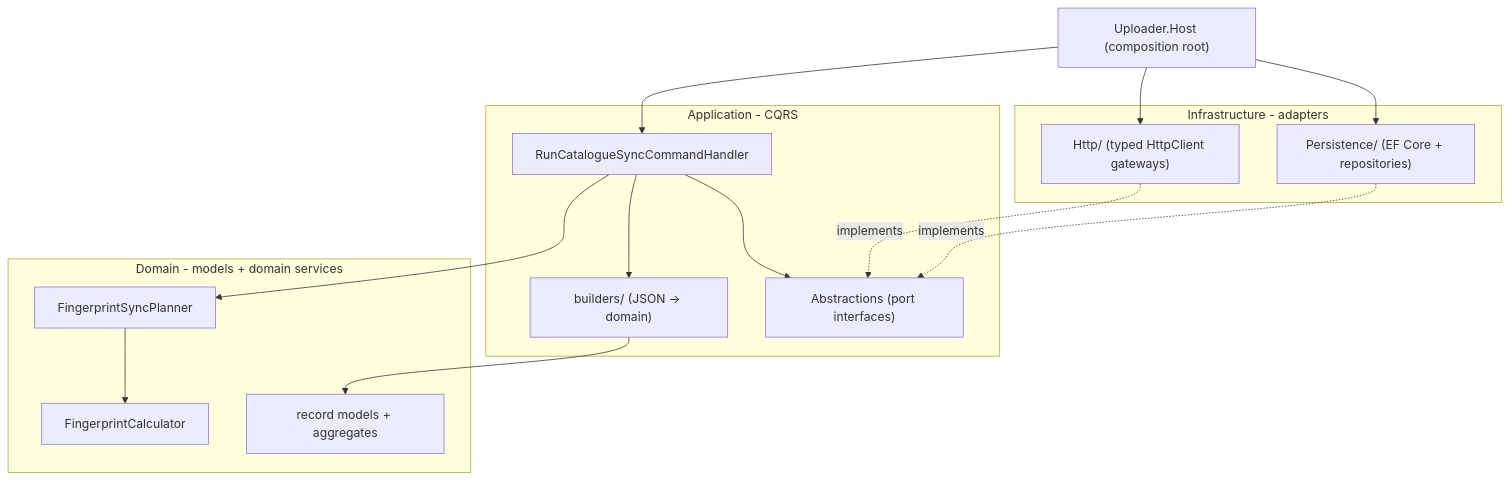
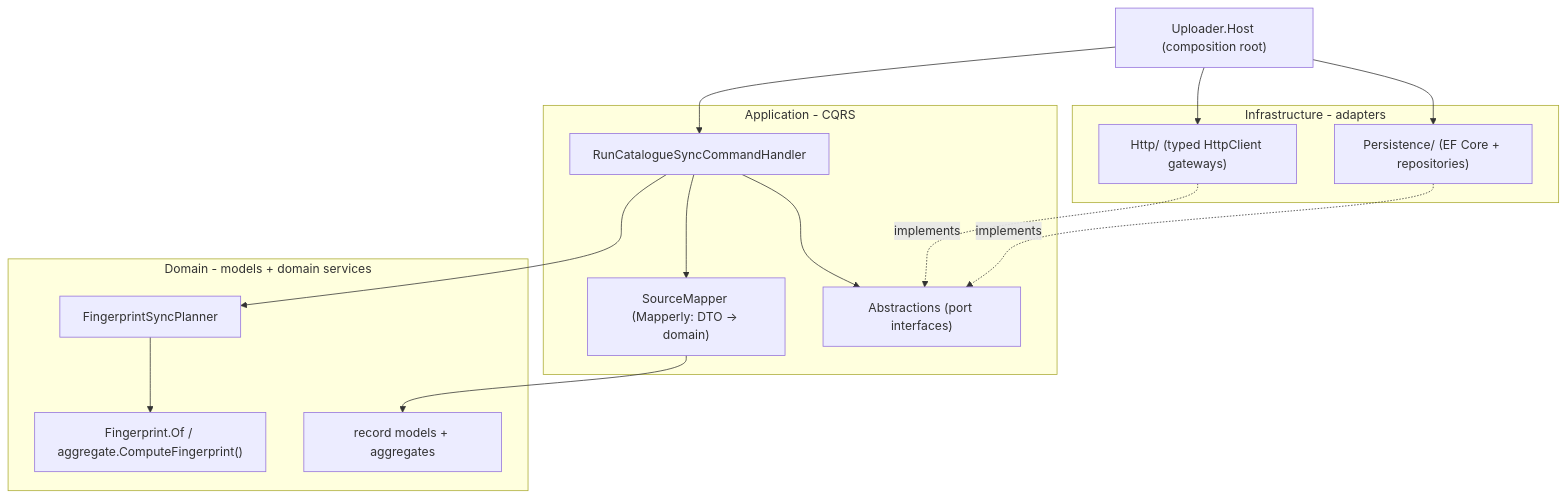
The second of 4 diagrams in ARCHITECTURE.md (BBMRI-cz/data-catalogue-upload), drawn with Mermaid before and after one commit. The commit also changed other lines of this file and 3 other files, not shown here.

````diff
--- a/ARCHITECTURE.md
+++ b/ARCHITECTURE.md
@@ -54,32 +54,32 @@
 ```mermaid
 flowchart TD
     Main["Uploader.Host (composition root)"]
 
     subgraph application [Application - CQRS]
         SyncService["RunCatalogueSyncCommandHandler"]
-        Builders["builders/ (JSON -> domain)"]
+        Mapper["SourceMapper (Mapperly: DTO -> domain)"]
         Ports["Abstractions (port interfaces)"]
     end
 
     subgraph domain [Domain - models + domain services]
         Models["record models + aggregates"]
         Planner["FingerprintSyncPlanner"]
-        Fingerprint["FingerprintCalculator"]
+        Fingerprint["Fingerprint.Of / aggregate.ComputeFingerprint()"]
     end
 
     subgraph infrastructure [Infrastructure - adapters]
         HttpClients["Http/ (typed HttpClient gateways)"]
         Db["Persistence/ (EF Core + repositories)"]
     end
 
     Main --> SyncService
     Main --> HttpClients
     Main --> Db
     SyncService --> Planner
-    SyncService --> Builders
+    SyncService --> Mapper
     SyncService --> Ports
-    Builders --> Models
+    Mapper --> Models
     Planner --> Fingerprint
     HttpClients -.implements.-> Ports
     Db -.implements.-> Ports
 ```
````
